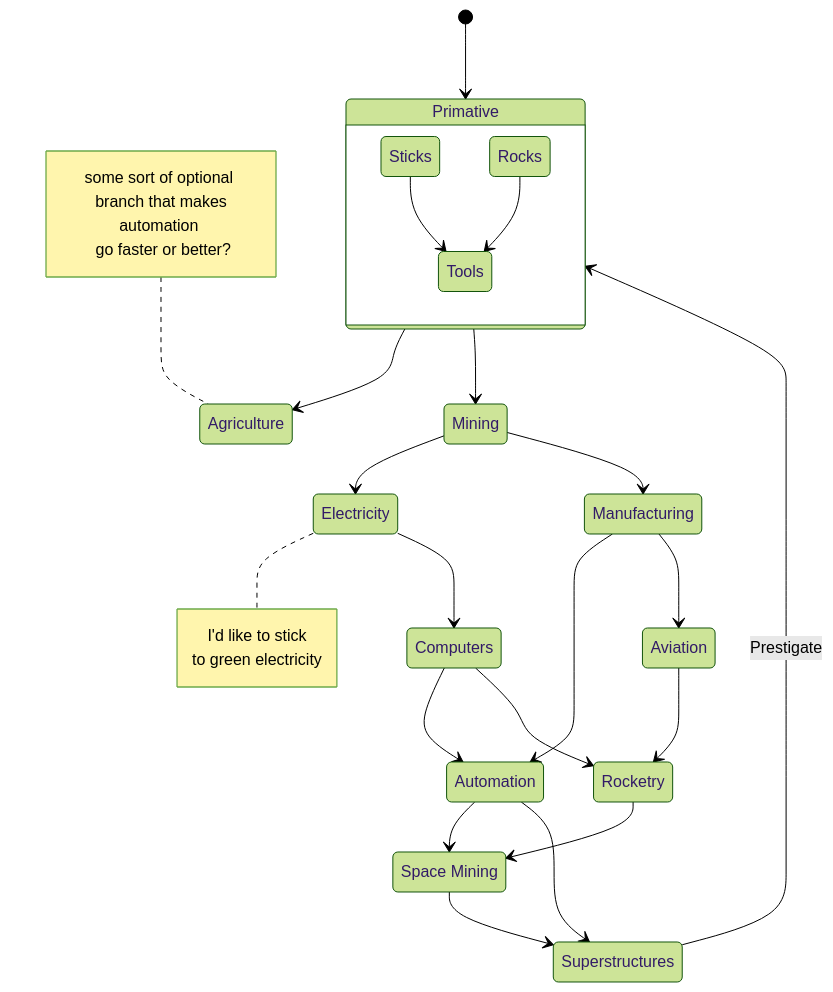
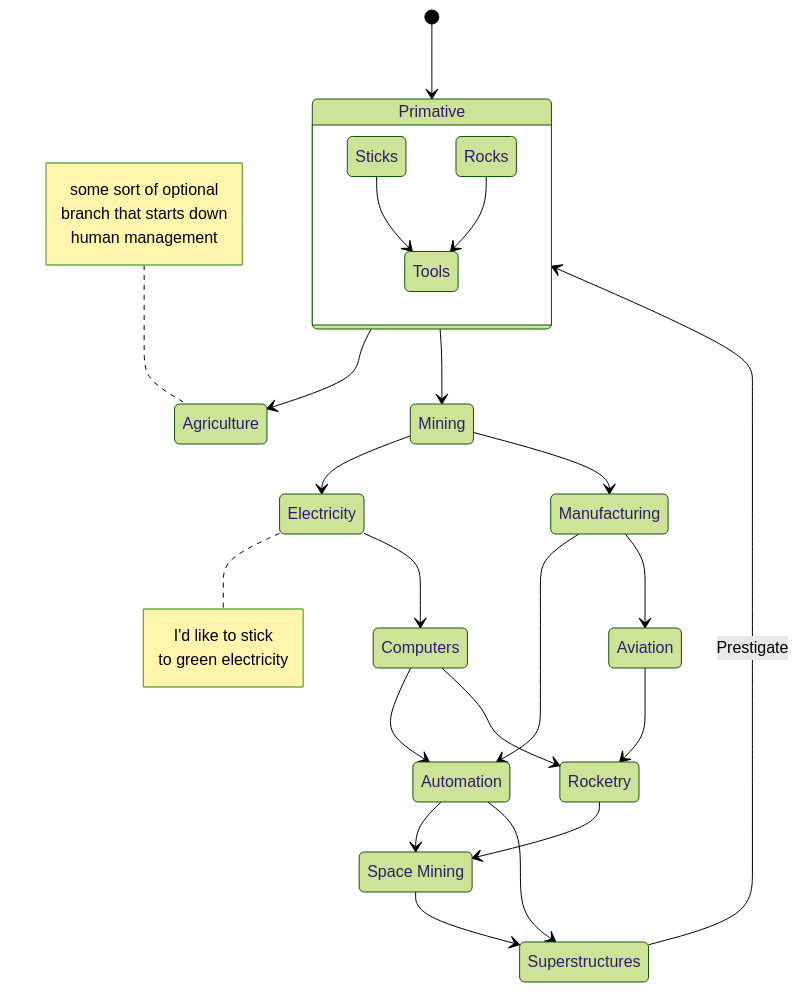
Before and after one commit to ethan-w-foshee/TerraStella: the first of 2 diagrams in FLOWCHART.md, drawn with Mermaid (forest theme).

Commit message:
Rephrasing of 1.5

````diff
--- a/FLOWCHART.md
+++ b/FLOWCHART.md
@@ -14,48 +14,48 @@
 ```mermaid
 stateDiagram-v2
   1  : Primative
   1.5 : Agriculture
   2  : Mining
   3  : Electricity
   4  : Manufacturing
   5  : Computers
   6  : Automation
   7  : Aviation
   8  : Rocketry
   9  : Space Mining
   10 : Superstructures
 
   state 1 {
     1.1a : Sticks
     1.1b : Rocks
     1.2  : Tools
 
     1.1a --> 1.2
     1.1b  --> 1.2
   }
 
   note right of 3
     I'd like to stick <br> to green electricity
   end note
 
   note left of 1.5
-    some sort of optional <br> branch that makes automation <br> go faster or better?
+    some sort of optional <br> branch that starts down <br> human management
     end note
 
   [*] --> 1
   1 --> 1.5
   1 --> 2
   2 --> 3
   2 --> 4
   3 --> 5
   5 --> 6
   4 --> 6
   4 --> 7
   5 --> 8
   7 --> 8
   6 --> 9
   8 --> 9
   6 --> 10
   9 --> 10
   10--> 1 : Prestigate
 ```
````
